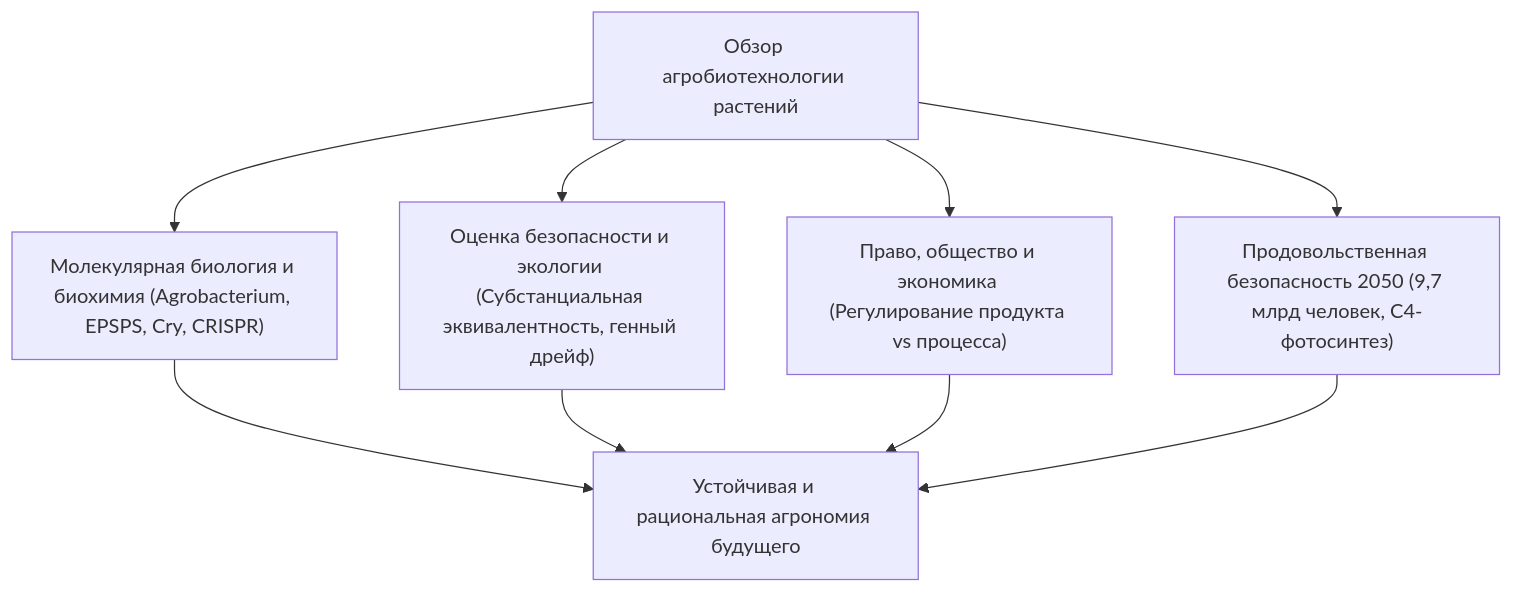
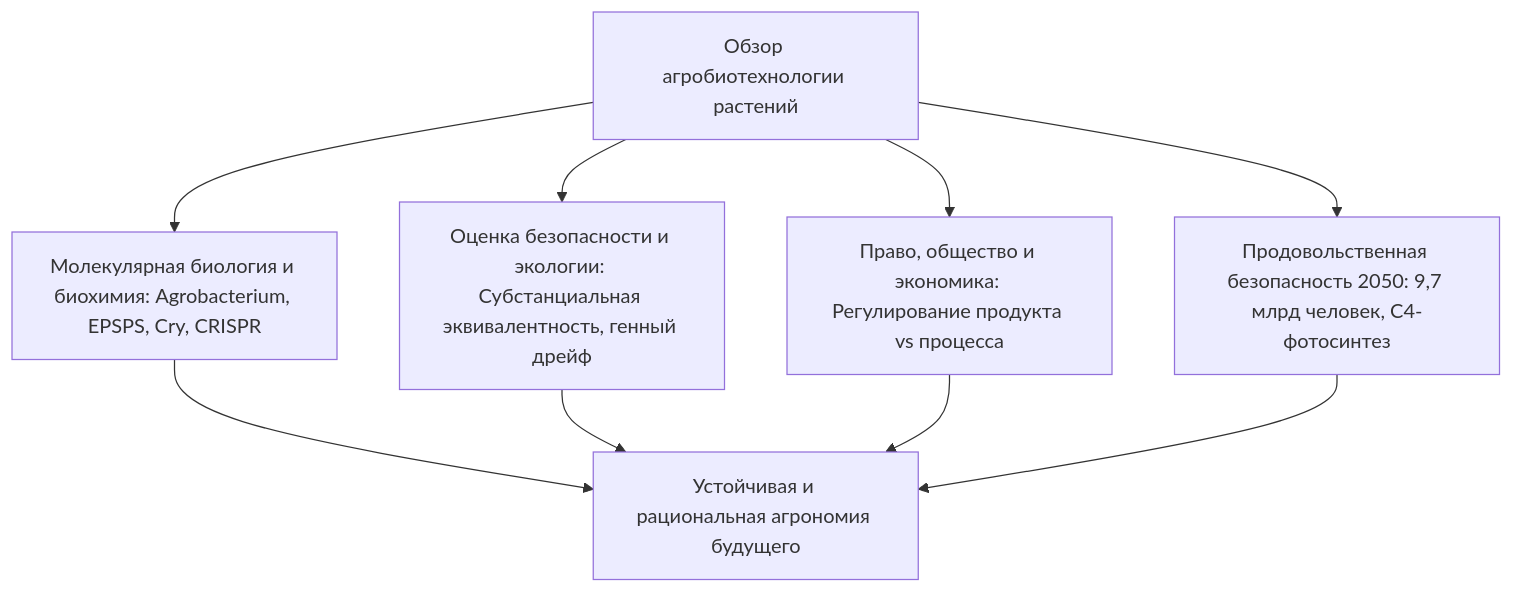
The first of 2 diagrams in content/post/genetically-modified-crops-biotechnology-agriculture-safety-future/index.ru.md (kenjinote/blog), drawn with Mermaid before and after one commit. The commit also changed other lines of this file and 11 other files, not shown here.

````diff
--- a/content/post/genetically-modified-crops-biotechnology-agriculture-safety-future/index.ru.md
+++ b/content/post/genetically-modified-crops-biotechnology-agriculture-safety-future/index.ru.md
@@ -17,9 +22,10 @@
 ```mermaid
 flowchart TD
     BIO["Обзор агробиотехнологии растений"]
-    BIO --> M1["Молекулярная биология и биохимия (Agrobacterium, EPSPS, Cry, CRISPR)"]
-    BIO --> M2["Оценка безопасности и экологии (Субстанциальная эквивалентность, генный дрейф)"]
-    BIO --> M3["Право, общество и экономика (Регулирование продукта vs процесса)"]
-    BIO --> M4["Продовольственная безопасность 2050 (9,7 млрд человек, C4-фотосинтез)"]
+    BIO --> M1["Молекулярная биология и биохимия: Agrobacterium, EPSPS, Cry, CRISPR"]
+    BIO --> M2["Оценка безопасности и экологии: Субстанциальная эквивалентность, генный дрейф"]
+    BIO --> M3["Право, общество и экономика: Регулирование продукта vs процесса"]
+    BIO --> M4["Продовольственная безопасность 2050: 9,7 млрд человек, C4-фотосинтез"]
+    
     M1 & M2 & M3 & M4 --> TOTAL["Устойчивая и рациональная агрономия будущего"]
 ```
````
